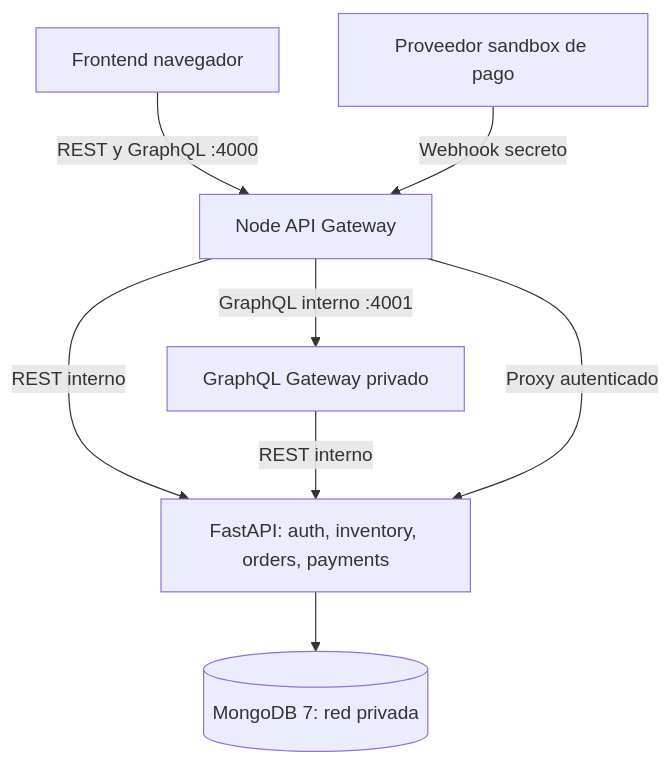
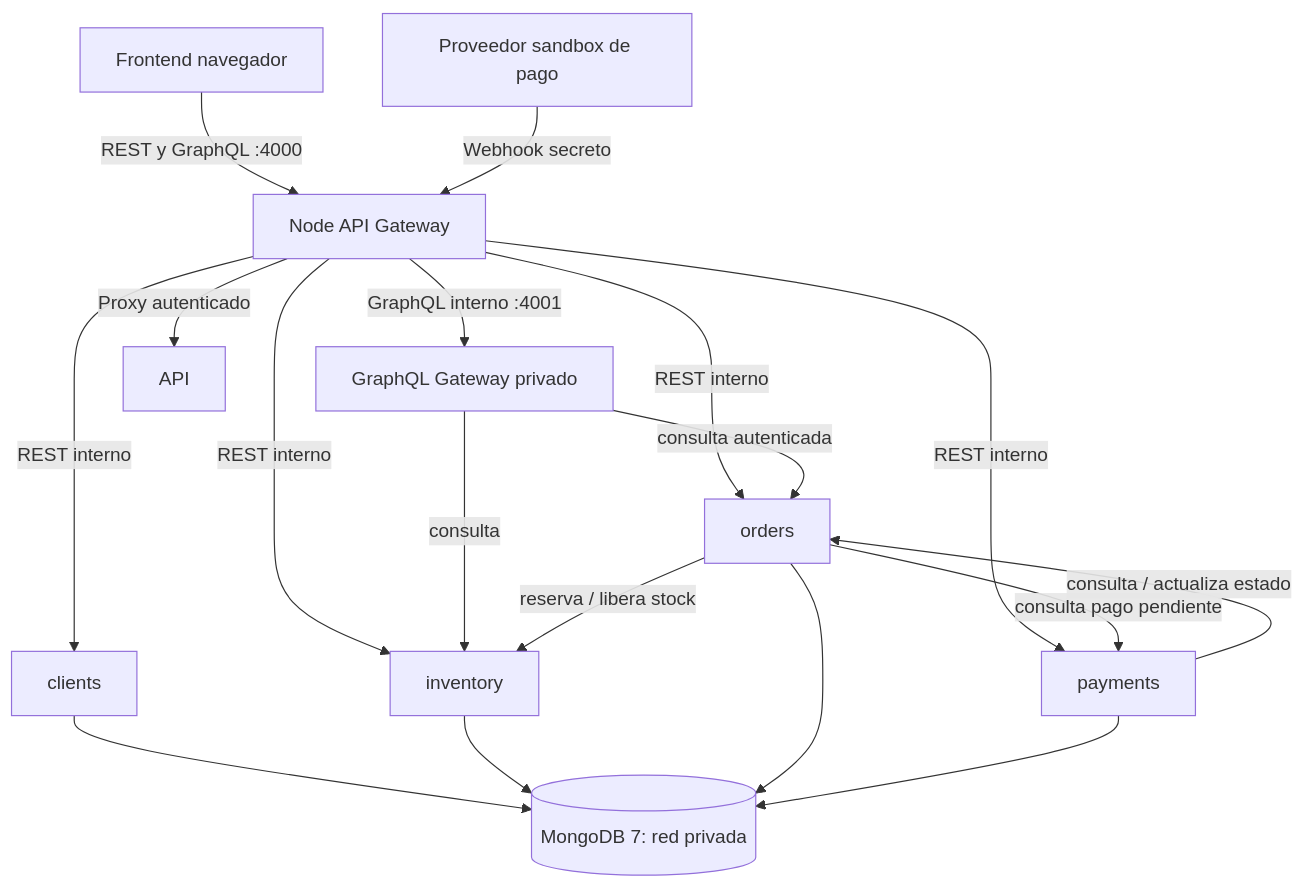
One commit to MatiVcns/Desarrollo-web-y-movil-avances changed the second of 4 diagrams in docs/solemne2-arquitectura.md. Above: the diagram before and after it, drawn with Mermaid. The commit also changed other lines of this file and 9 other files, not shown here.

Commit message:
Separa inventory, clients, orders y payments

````diff
--- a/docs/solemne2-arquitectura.md
+++ b/docs/solemne2-arquitectura.md
@@ -84,10 +86,20 @@
 ```mermaid
 flowchart TB
   Browser[Frontend navegador] -->|REST y GraphQL :4000| Gateway[Node API Gateway]
   Gateway -->|GraphQL interno :4001| GraphQL[GraphQL Gateway privado]
-  Gateway -->|REST interno| API[FastAPI: auth, inventory, orders, payments]
-  GraphQL -->|REST interno| API
-  API --> Mongo[(MongoDB 7: red privada)]
+  Gateway -->|REST interno| Clients[clients]
+  Gateway -->|REST interno| Inventory[inventory]
+  Gateway -->|REST interno| Orders[orders]
+  Gateway -->|REST interno| Payments[payments]
+  GraphQL -->|consulta| Inventory
+  GraphQL -->|consulta autenticada| Orders
+  Orders -->|reserva / libera stock| Inventory
+  Orders -->|consulta pago pendiente| Payments
+  Payments -->|consulta / actualiza estado| Orders
+  Clients --> Mongo[(MongoDB 7: red privada)]
+  Inventory --> Mongo
+  Orders --> Mongo
+  Payments --> Mongo
   Provider[Proveedor sandbox de pago] -->|Webhook secreto| Gateway
   Gateway -->|Proxy autenticado| API
 ```
````
